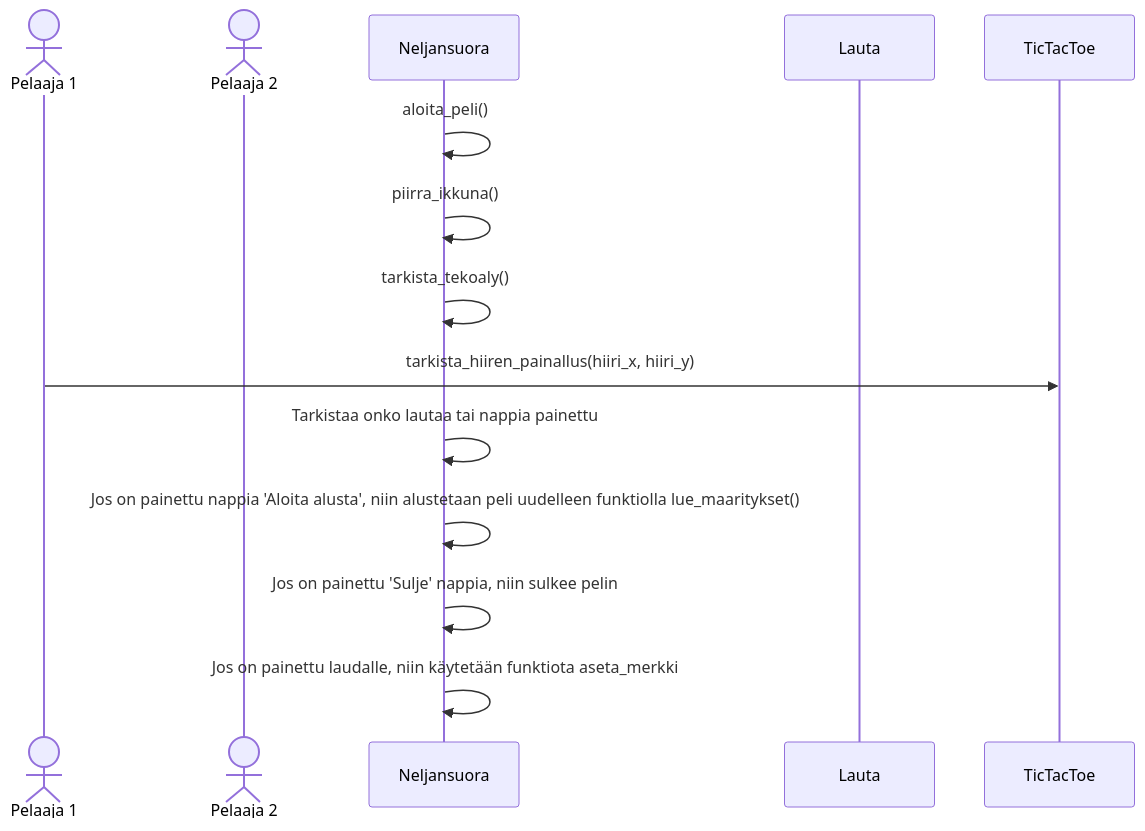
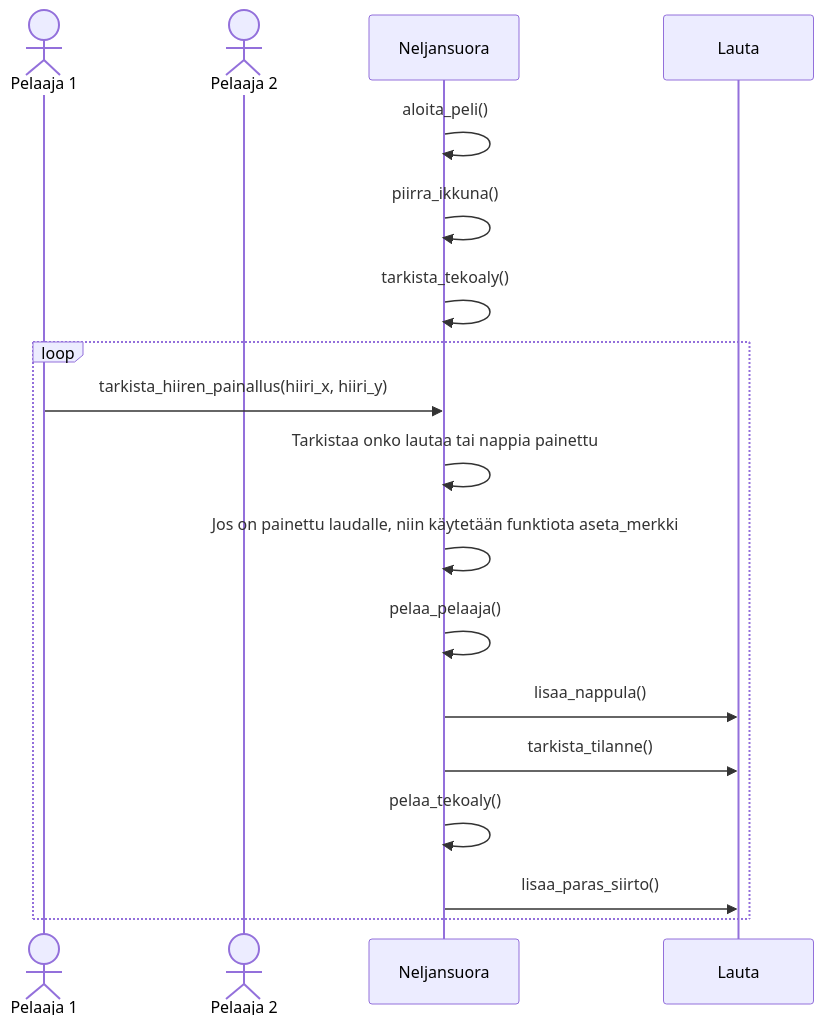
Before and after one commit to TatuSorjonen/Neljansuora: the second of 2 diagrams in Dokumentaatio/toteutusdokumentti.md, drawn with Mermaid. The commit also changed other lines of this file, not shown here.

````diff
--- a/Dokumentaatio/toteutusdokumentti.md
+++ b/Dokumentaatio/toteutusdokumentti.md
@@ -39,15 +39,20 @@
 ```mermaid
 sequenceDiagram
   actor Pelaaja 1
   actor Pelaaja 2
   participant Neljansuora
   participant Lauta
   Neljansuora->> Neljansuora: aloita_peli()
   Neljansuora->> Neljansuora: piirra_ikkuna()
   Neljansuora->> Neljansuora: tarkista_tekoaly()
-  Pelaaja 1->> TicTacToe: tarkista_hiiren_painallus(hiiri_x, hiiri_y)
+  loop
+  Pelaaja 1->> Neljansuora: tarkista_hiiren_painallus(hiiri_x, hiiri_y)
   Neljansuora->> Neljansuora: Tarkistaa onko lautaa tai nappia painettu
-  Neljansuora->> Neljansuora: Jos on painettu nappia 'Aloita alusta', niin alustetaan peli uudelleen funktiolla lue_maaritykset()
-  Neljansuora->> Neljansuora: Jos on painettu 'Sulje' nappia, niin sulkee pelin
   Neljansuora->> Neljansuora: Jos on painettu laudalle, niin käytetään funktiota aseta_merkki
+  Neljansuora->> Neljansuora: pelaa_pelaaja()
+  Neljansuora->> Lauta: lisaa_nappula()
+  Neljansuora->> Lauta: tarkista_tilanne()
+  Neljansuora->> Neljansuora: pelaa_tekoaly()
+  Neljansuora->> Lauta: lisaa_paras_siirto()
+  end
 ```
````
